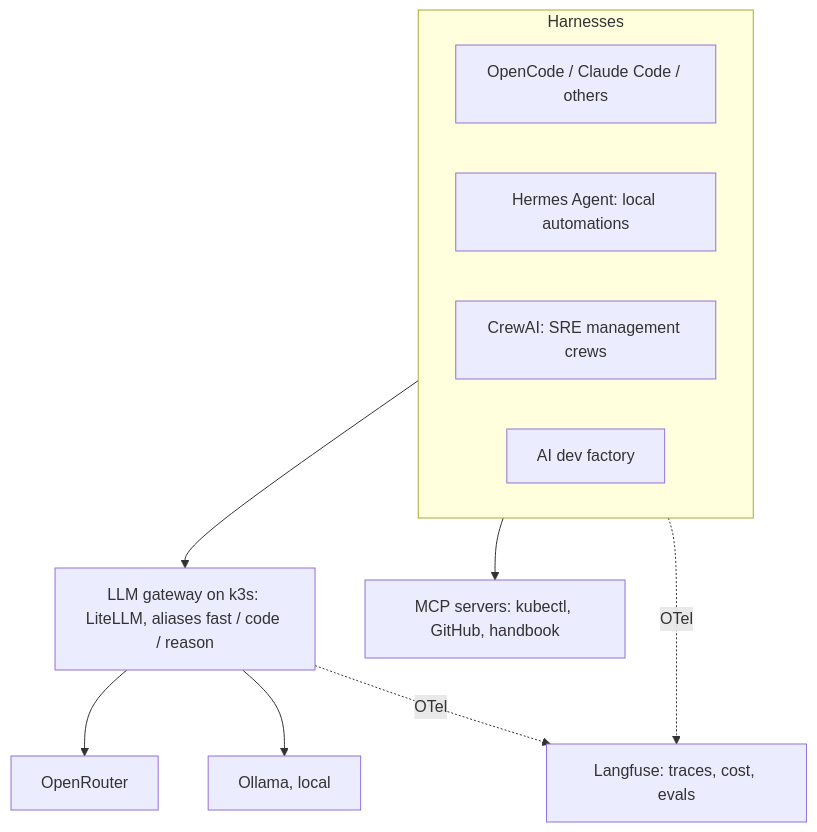
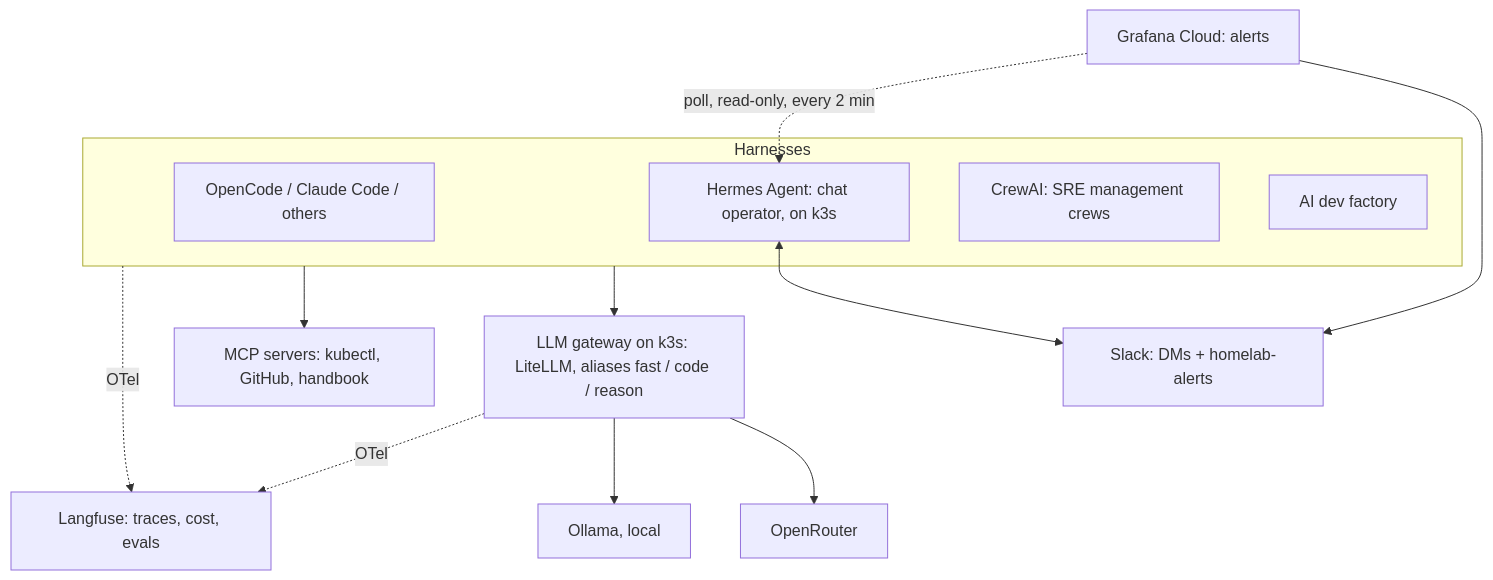
Before and after one commit to ssaav5-ai-labs/handbook: the diagram in docs/domains/ai-stack/index.md, drawn with Mermaid. The commit also changed other lines of this file and 13 other files, not shown here.

````diff
--- a/docs/domains/ai-stack/index.md
+++ b/docs/domains/ai-stack/index.md
@@ -33,18 +33,23 @@
 ```mermaid
 flowchart TB
   subgraph Harnesses
     OC[OpenCode / Claude Code / others]
-    HE[Hermes Agent: local automations]
+    HE[Hermes Agent: chat operator, on k3s]
     CR[CrewAI: SRE management crews]
     FA[AI dev factory]
   end
   GW[LLM gateway on k3s: LiteLLM, aliases fast / code / reason]
   OR[OpenRouter]
   LO[Ollama, local]
   OB[Langfuse: traces, cost, evals]
   MCP[MCP servers: kubectl, GitHub, handbook]
+  SL[Slack: DMs + homelab-alerts]
+  GC[Grafana Cloud: alerts]
   Harnesses --> GW --> OR & LO
   Harnesses --> MCP
+  HE <--> SL
+  GC --> SL
+  GC -. poll, read-only, every 2 min .-> HE
   GW -. OTel .-> OB
   Harnesses -. OTel .-> OB
 ```
````
